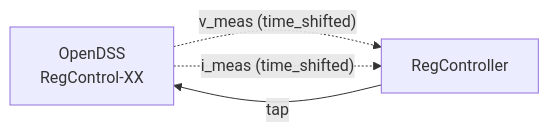
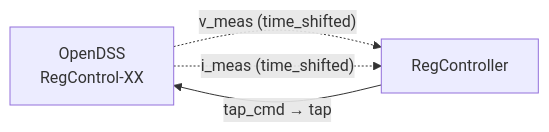
One commit to grei-ufc/tsre-der-opentes changed the diagram in docs/how-to-guides/configure-regulator.md. Above: the diagram before and after it, drawn with Mermaid. The commit also changed other lines of this file and 19 other files, not shown here.

````diff
--- a/docs/how-to-guides/configure-regulator.md
+++ b/docs/how-to-guides/configure-regulator.md
@@ -45,9 +76,9 @@
 ```mermaid
 flowchart LR
     DSS["OpenDSS<br/>RegControl-XX"]
     Reg["RegController"]
 
     DSS -.->|"v_meas (time_shifted)"| Reg
     DSS -.->|"i_meas (time_shifted)"| Reg
-    Reg -->|tap| DSS
+    Reg -->|"tap_cmd → tap"| DSS
 ```
````
